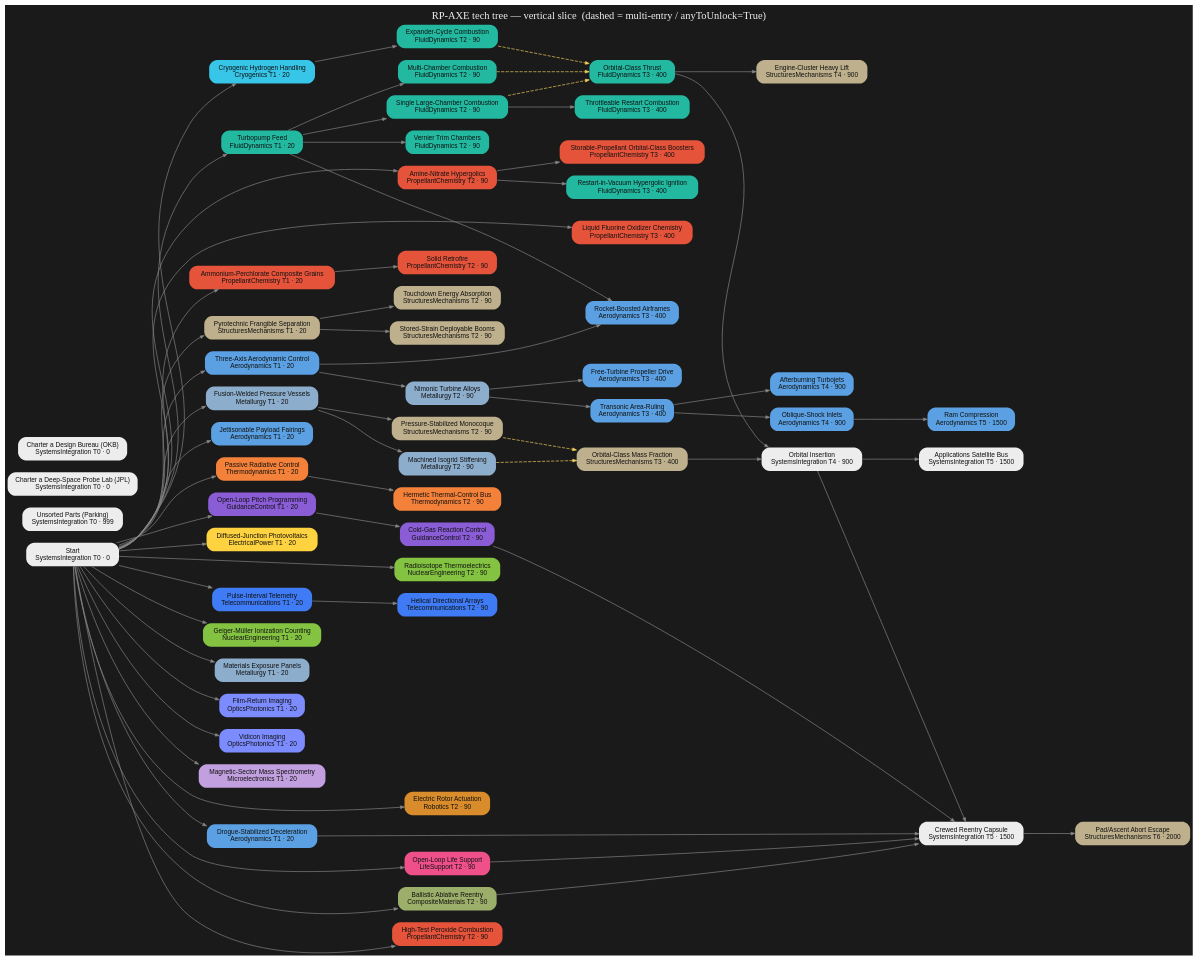
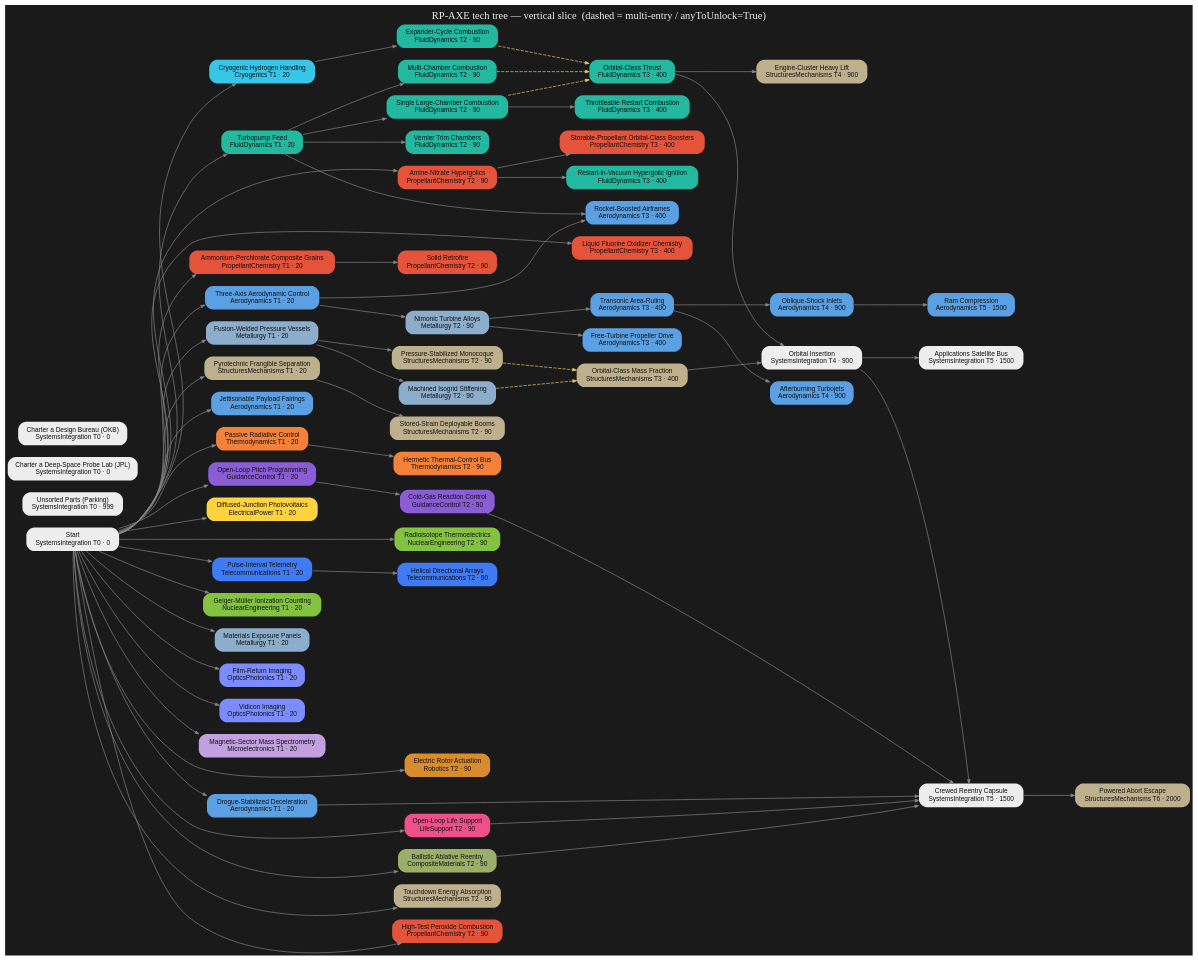
Before and after one commit to miskoltrans/RP-AXE: the diagram in tree/render/axe-tree.dot, drawn with Graphviz. The commit also changed 5 other files, not shown here.

```diff
--- a/tree/render/axe-tree.dot
+++ b/tree/render/axe-tree.dot
@@ -1,133 +1,133 @@
 digraph AXE {
   rankdir=LR; bgcolor="#1a1a1a"; nodesep=0.25; ranksep=1.1;
   node[shape=box,style="filled,rounded",fontname="Helvetica",fontsize=10,color="#00000000"];
   edge[color="#888888",arrowsize=0.6];
   "start" [label="Start\nSystemsIntegration T0 · 0",fillcolor="#ededed",fontcolor="#111111"];
   "parking" [label="Unsorted Parts (Parking)\nSystemsIntegration T0 · 999",fillcolor="#ededed",fontcolor="#111111"];
   "hire_JPL" [label="Charter a Deep-Space Probe Lab (JPL)\nSystemsIntegration T0 · 0",fillcolor="#ededed",fontcolor="#111111"];
   "hire_OKB" [label="Charter a Design Bureau (OKB)\nSystemsIntegration T0 · 0",fillcolor="#ededed",fontcolor="#111111"];
   "fd_turbopumpFeed" [label="Turbopump Feed\nFluidDynamics T1 · 20",fillcolor="#23b9a0",fontcolor="#111111"];
   "fd_multiChamber" [label="Multi-Chamber Combustion\nFluidDynamics T2 · 90",fillcolor="#23b9a0",fontcolor="#111111"];
   "fd_baffledInjector" [label="Single Large-Chamber Combustion\nFluidDynamics T2 · 90",fillcolor="#23b9a0",fontcolor="#111111"];
   "fd_verniers" [label="Vernier Trim Chambers\nFluidDynamics T2 · 90",fillcolor="#23b9a0",fontcolor="#111111"];
   "pc_hypergolics" [label="Amine-Nitrate Hypergolics\nPropellantChemistry T2 · 90",fillcolor="#e5533b",fontcolor="#111111"];
   "pc_fluorineOxidizer" [label="Liquid Fluorine Oxidizer Chemistry\nPropellantChemistry T3 · 400",fillcolor="#e5533b",fontcolor="#111111"];
   "cryo_hydrogen" [label="Cryogenic Hydrogen Handling\nCryogenics T1 · 20",fillcolor="#37c6e8",fontcolor="#111111"];
   "fd_expanderCycle" [label="Expander-Cycle Combustion\nFluidDynamics T2 · 90",fillcolor="#23b9a0",fontcolor="#111111"];
   "fd_orbitalThrust" [label="Orbital-Class Thrust\nFluidDynamics T3 · 400",fillcolor="#23b9a0",fontcolor="#111111"];
   "pc_solidGrains" [label="Ammonium-Perchlorate Composite Grains\nPropellantChemistry T1 · 20",fillcolor="#e5533b",fontcolor="#111111"];
   "met_weldedTank" [label="Fusion-Welded Pressure Vessels\nMetallurgy T1 · 20",fillcolor="#8dadcc",fontcolor="#111111"];
   "met_isogrid" [label="Machined Isogrid Stiffening\nMetallurgy T2 · 90",fillcolor="#8dadcc",fontcolor="#111111"];
   "str_balloonTank" [label="Pressure-Stabilized Monocoque\nStructuresMechanisms T2 · 90",fillcolor="#bfb08d",fontcolor="#111111"];
   "str_orbitalMassFraction" [label="Orbital-Class Mass Fraction\nStructuresMechanisms T3 · 400",fillcolor="#bfb08d",fontcolor="#111111"];
   "str_staging" [label="Pyrotechnic Frangible Separation\nStructuresMechanisms T1 · 20",fillcolor="#bfb08d",fontcolor="#111111"];
   "gnc_pitchProgram" [label="Open-Loop Pitch Programming\nGuidanceControl T1 · 20",fillcolor="#8a5cd6",fontcolor="#111111"];
   "gnc_rcs" [label="Cold-Gas Reaction Control\nGuidanceControl T2 · 90",fillcolor="#8a5cd6",fontcolor="#111111"];
   "str_booms" [label="Stored-Strain Deployable Booms\nStructuresMechanisms T2 · 90",fillcolor="#bfb08d",fontcolor="#111111"];
   "aero_fairings" [label="Jettisonable Payload Fairings\nAerodynamics T1 · 20",fillcolor="#5aa0e2",fontcolor="#111111"];
   "aero_recovery" [label="Drogue-Stabilized Deceleration\nAerodynamics T1 · 20",fillcolor="#5aa0e2",fontcolor="#111111"];
   "th_radiativeControl" [label="Passive Radiative Control\nThermodynamics T1 · 20",fillcolor="#f4813a",fontcolor="#111111"];
   "th_hermeticBus" [label="Hermetic Thermal-Control Bus\nThermodynamics T2 · 90",fillcolor="#f4813a",fontcolor="#111111"];
   "elec_siliconPV" [label="Diffused-Junction Photovoltaics\nElectricalPower T1 · 20",fillcolor="#ffd23f",fontcolor="#111111"];
   "nuc_rtg" [label="Radioisotope Thermoelectrics\nNuclearEngineering T2 · 90",fillcolor="#83c341",fontcolor="#111111"];
   "tel_telemetry" [label="Pulse-Interval Telemetry\nTelecommunications T1 · 20",fillcolor="#3f7bf5",fontcolor="#111111"];
   "nuc_geiger" [label="Geiger-Müller Ionization Counting\nNuclearEngineering T1 · 20",fillcolor="#83c341",fontcolor="#111111"];
   "met_exposurePanels" [label="Materials Exposure Panels\nMetallurgy T1 · 20",fillcolor="#8dadcc",fontcolor="#111111"];
   "opt_filmReturn" [label="Film-Return Imaging\nOpticsPhotonics T1 · 20",fillcolor="#7c8cff",fontcolor="#111111"];
   "opt_vidicon" [label="Vidicon Imaging\nOpticsPhotonics T1 · 20",fillcolor="#7c8cff",fontcolor="#111111"];
   "mic_massSpec" [label="Magnetic-Sector Mass Spectrometry\nMicroelectronics T1 · 20",fillcolor="#c2a0e0",fontcolor="#111111"];
   "rob_rotorActuation" [label="Electric Rotor Actuation\nRobotics T2 · 90",fillcolor="#d98c2b",fontcolor="#111111"];
   "int_orbitalInsertion" [label="Orbital Insertion\nSystemsIntegration T4 · 900",fillcolor="#ededed",fontcolor="#111111"];
   "int_applicationsSat" [label="Applications Satellite Bus\nSystemsIntegration T5 · 1500",fillcolor="#ededed",fontcolor="#111111"];
   "xplaneStart" [label="Three-Axis Aerodynamic Control\nAerodynamics T1 · 20",fillcolor="#5aa0e2",fontcolor="#111111"];
   "met_turbineAlloys" [label="Nimonic Turbine Alloys\nMetallurgy T2 · 90",fillcolor="#8dadcc",fontcolor="#111111"];
   "aero_areaRule" [label="Transonic Area-Ruling\nAerodynamics T3 · 400",fillcolor="#5aa0e2",fontcolor="#111111"];
   "aero_shockInlets" [label="Oblique-Shock Inlets\nAerodynamics T4 · 900",fillcolor="#5aa0e2",fontcolor="#111111"];
   "aero_afterburner" [label="Afterburning Turbojets\nAerodynamics T4 · 900",fillcolor="#5aa0e2",fontcolor="#111111"];
   "aero_ramjet" [label="Ram Compression\nAerodynamics T5 · 1500",fillcolor="#5aa0e2",fontcolor="#111111"];
   "aero_rocketplane" [label="Rocket-Boosted Airframes\nAerodynamics T3 · 400",fillcolor="#5aa0e2",fontcolor="#111111"];
   "life_openLoopECLSS" [label="Open-Loop Life Support\nLifeSupport T2 · 90",fillcolor="#f0508a",fontcolor="#111111"];
   "cmp_ablativeTPS" [label="Ballistic Ablative Reentry\nCompositeMaterials T2 · 90",fillcolor="#9caf6a",fontcolor="#111111"];
   "int_crewedCapsule" [label="Crewed Reentry Capsule\nSystemsIntegration T5 · 1500",fillcolor="#ededed",fontcolor="#111111"];
-  "str_launchEscape" [label="Pad/Ascent Abort Escape\nStructuresMechanisms T6 · 2000",fillcolor="#bfb08d",fontcolor="#111111"];
+  "str_launchEscape" [label="Powered Abort Escape\nStructuresMechanisms T6 · 2000",fillcolor="#bfb08d",fontcolor="#111111"];
   "str_landingLegs" [label="Touchdown Energy Absorption\nStructuresMechanisms T2 · 90",fillcolor="#bfb08d",fontcolor="#111111"];
   "fd_deepThrottleEarly" [label="Throttleable Restart Combustion\nFluidDynamics T3 · 400",fillcolor="#23b9a0",fontcolor="#111111"];
   "pc_hydrogenPeroxide" [label="High-Test Peroxide Combustion\nPropellantChemistry T2 · 90",fillcolor="#e5533b",fontcolor="#111111"];
   "fd_restartableHypergolics" [label="Restart-in-Vacuum Hypergolic Ignition\nFluidDynamics T3 · 400",fillcolor="#23b9a0",fontcolor="#111111"];
   "pc_storableBoosters" [label="Storable-Propellant Orbital-Class Boosters\nPropellantChemistry T3 · 400",fillcolor="#e5533b",fontcolor="#111111"];
   "str_engineClustering" [label="Engine-Cluster Heavy Lift\nStructuresMechanisms T4 · 900",fillcolor="#bfb08d",fontcolor="#111111"];
   "pc_solidRetrofire" [label="Solid Retrofire\nPropellantChemistry T2 · 90",fillcolor="#e5533b",fontcolor="#111111"];
   "tel_helicalDirectional" [label="Helical Directional Arrays\nTelecommunications T2 · 90",fillcolor="#3f7bf5",fontcolor="#111111"];
   "aero_turboshaftProp" [label="Free-Turbine Propeller Drive\nAerodynamics T3 · 400",fillcolor="#5aa0e2",fontcolor="#111111"];
   { rank=same; "start" "parking" "hire_JPL" "hire_OKB" }
   { rank=same; "fd_turbopumpFeed" "cryo_hydrogen" "pc_solidGrains" "met_weldedTank" "str_staging" "gnc_pitchProgram" "aero_fairings" "aero_recovery" "th_radiativeControl" "elec_siliconPV" "tel_telemetry" "nuc_geiger" "met_exposurePanels" "opt_filmReturn" "opt_vidicon" "mic_massSpec" "xplaneStart" }
   { rank=same; "fd_multiChamber" "fd_baffledInjector" "fd_verniers" "pc_hypergolics" "fd_expanderCycle" "met_isogrid" "str_balloonTank" "gnc_rcs" "str_booms" "th_hermeticBus" "nuc_rtg" "rob_rotorActuation" "met_turbineAlloys" "life_openLoopECLSS" "cmp_ablativeTPS" "str_landingLegs" "pc_hydrogenPeroxide" "pc_solidRetrofire" "tel_helicalDirectional" }
   { rank=same; "pc_fluorineOxidizer" "fd_orbitalThrust" "str_orbitalMassFraction" "aero_areaRule" "aero_rocketplane" "fd_deepThrottleEarly" "fd_restartableHypergolics" "pc_storableBoosters" "aero_turboshaftProp" }
   { rank=same; "int_orbitalInsertion" "aero_shockInlets" "aero_afterburner" "str_engineClustering" }
   { rank=same; "int_applicationsSat" "aero_ramjet" "int_crewedCapsule" }
   { rank=same; "str_launchEscape" }
   "start" -> "fd_turbopumpFeed" [style=solid];
   "fd_turbopumpFeed" -> "fd_multiChamber" [style=solid];
   "fd_turbopumpFeed" -> "fd_baffledInjector" [style=solid];
   "fd_turbopumpFeed" -> "fd_verniers" [style=solid];
   "start" -> "pc_hypergolics" [style=solid];
   "start" -> "pc_fluorineOxidizer" [style=solid];
   "start" -> "cryo_hydrogen" [style=solid];
   "cryo_hydrogen" -> "fd_expanderCycle" [style=solid];
   "fd_multiChamber" -> "fd_orbitalThrust" [style=dashed,color="#f4d35e"];
   "fd_baffledInjector" -> "fd_orbitalThrust" [style=dashed,color="#f4d35e"];
   "fd_expanderCycle" -> "fd_orbitalThrust" [style=dashed,color="#f4d35e"];
   "start" -> "pc_solidGrains" [style=solid];
   "start" -> "met_weldedTank" [style=solid];
   "met_weldedTank" -> "met_isogrid" [style=solid];
   "met_weldedTank" -> "str_balloonTank" [style=solid];
   "met_isogrid" -> "str_orbitalMassFraction" [style=dashed,color="#f4d35e"];
   "str_balloonTank" -> "str_orbitalMassFraction" [style=dashed,color="#f4d35e"];
   "start" -> "str_staging" [style=solid];
   "start" -> "gnc_pitchProgram" [style=solid];
   "gnc_pitchProgram" -> "gnc_rcs" [style=solid];
   "str_staging" -> "str_booms" [style=solid];
   "start" -> "aero_fairings" [style=solid];
   "start" -> "aero_recovery" [style=solid];
   "start" -> "th_radiativeControl" [style=solid];
   "th_radiativeControl" -> "th_hermeticBus" [style=solid];
   "start" -> "elec_siliconPV" [style=solid];
   "start" -> "nuc_rtg" [style=solid];
   "start" -> "tel_telemetry" [style=solid];
   "start" -> "nuc_geiger" [style=solid];
   "start" -> "met_exposurePanels" [style=solid];
   "start" -> "opt_filmReturn" [style=solid];
   "start" -> "opt_vidicon" [style=solid];
   "start" -> "mic_massSpec" [style=solid];
   "start" -> "rob_rotorActuation" [style=solid];
   "fd_orbitalThrust" -> "int_orbitalInsertion" [style=solid];
   "str_orbitalMassFraction" -> "int_orbitalInsertion" [style=solid];
   "int_orbitalInsertion" -> "int_applicationsSat" [style=solid];
   "start" -> "xplaneStart" [style=solid];
   "xplaneStart" -> "met_turbineAlloys" [style=solid];
   "met_turbineAlloys" -> "aero_areaRule" [style=solid];
   "aero_areaRule" -> "aero_shockInlets" [style=solid];
   "aero_areaRule" -> "aero_afterburner" [style=solid];
   "aero_shockInlets" -> "aero_ramjet" [style=solid];
   "xplaneStart" -> "aero_rocketplane" [style=solid];
   "fd_turbopumpFeed" -> "aero_rocketplane" [style=solid];
   "start" -> "life_openLoopECLSS" [style=solid];
   "start" -> "cmp_ablativeTPS" [style=solid];
   "int_orbitalInsertion" -> "int_crewedCapsule" [style=solid];
   "gnc_rcs" -> "int_crewedCapsule" [style=solid];
   "aero_recovery" -> "int_crewedCapsule" [style=solid];
   "life_openLoopECLSS" -> "int_crewedCapsule" [style=solid];
   "cmp_ablativeTPS" -> "int_crewedCapsule" [style=solid];
   "int_crewedCapsule" -> "str_launchEscape" [style=solid];
-  "str_staging" -> "str_landingLegs" [style=solid];
+  "start" -> "str_landingLegs" [style=solid];
   "fd_baffledInjector" -> "fd_deepThrottleEarly" [style=solid];
   "start" -> "pc_hydrogenPeroxide" [style=solid];
   "pc_hypergolics" -> "fd_restartableHypergolics" [style=solid];
   "pc_hypergolics" -> "pc_storableBoosters" [style=solid];
   "fd_orbitalThrust" -> "str_engineClustering" [style=solid];
   "pc_solidGrains" -> "pc_solidRetrofire" [style=solid];
   "tel_telemetry" -> "tel_helicalDirectional" [style=solid];
   "met_turbineAlloys" -> "aero_turboshaftProp" [style=solid];
   labelloc="t"; fontcolor="#eeeeee"; fontsize=16;
   label="RP-AXE tech tree — vertical slice  (dashed = multi-entry / anyToUnlock=True)";
 }
```
